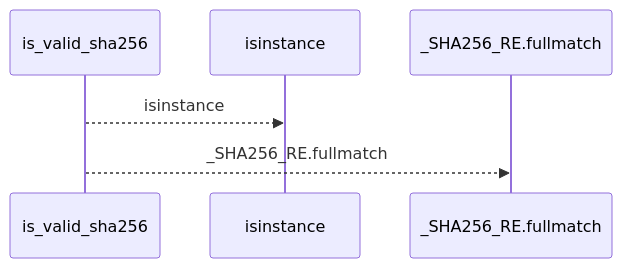
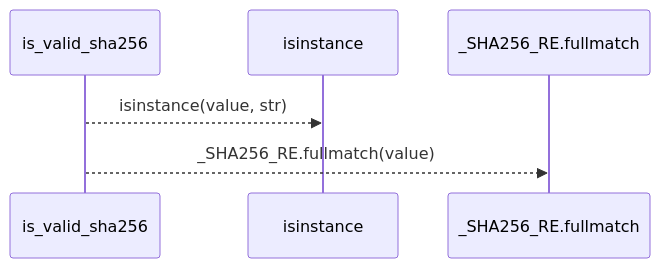
Before and after one commit to Denissvgn/python-wiki-llm: the first of 2 diagrams in docs/llm_wiki/flows/api-is_valid_sha256.md, drawn with Mermaid. The commit also changed other lines of this file and 1410 other files, not shown here.

````diff
--- a/docs/llm_wiki/flows/api-is_valid_sha256.md
+++ b/docs/llm_wiki/flows/api-is_valid_sha256.md
@@ -10,8 +12,8 @@
 ```mermaid
 sequenceDiagram
     participant p0 as is_valid_sha256
     participant p1 as isinstance
     participant p2 as _SHA256_RE.fullmatch
-    p0-->>p1: isinstance
-    p0-->>p2: _SHA256_RE.fullmatch
+    p0-->>p1: isinstance(value, str)
+    p0-->>p2: _SHA256_RE.fullmatch(value)
 ```
````
